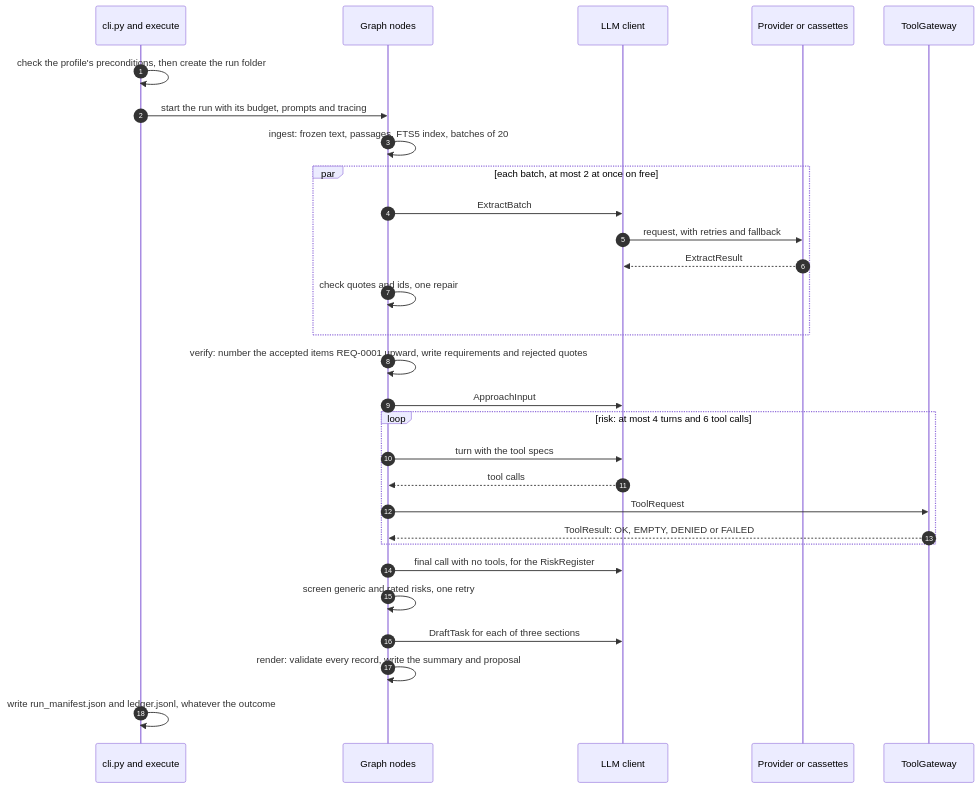
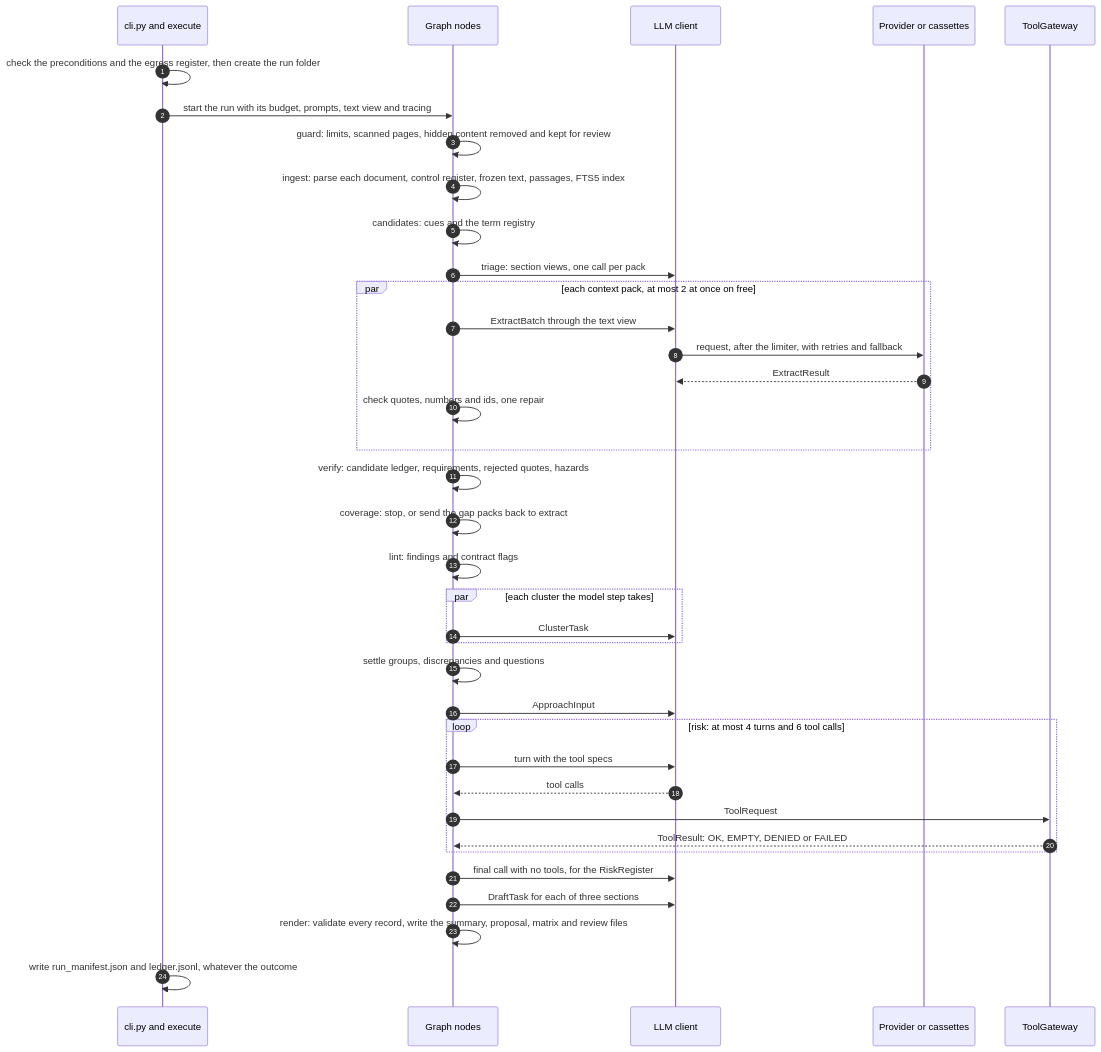
The third of 3 diagrams in docs/architecture.md (chouaibhoues-code/bidwright-rfp-agent), drawn with Mermaid before and after one commit. The commit also changed other lines of this file and 6 other files, not shown here.

First line of the commit message:
Iteration 1, step 20 (first part): v0.1 documents and the measured hero run

````diff
--- a/docs/architecture.md
+++ b/docs/architecture.md
@@ -240,31 +276,39 @@
 ```mermaid
 sequenceDiagram
     autonumber
     participant CLI as cli.py and execute
     participant G as Graph nodes
     participant C as LLM client
     participant P as Provider or cassettes
     participant T as ToolGateway
-    CLI->>CLI: check the profile's preconditions, then create the run folder
-    CLI->>G: start the run with its budget, prompts and tracing
-    G->>G: ingest: frozen text, passages, FTS5 index, batches of 20
-    par each batch, at most 2 at once on free
-        G->>C: ExtractBatch
-        C->>P: request, with retries and fallback
+    CLI->>CLI: check the preconditions and the egress register, then create the run folder
+    CLI->>G: start the run with its budget, prompts, text view and tracing
+    G->>G: guard: limits, scanned pages, hidden content removed and kept for review
+    G->>G: ingest: parse each document, control register, frozen text, passages, FTS5 index
+    G->>G: candidates: cues and the term registry
+    G->>C: triage: section views, one call per pack
+    par each context pack, at most 2 at once on free
+        G->>C: ExtractBatch through the text view
+        C->>P: request, after the limiter, with retries and fallback
         P-->>C: ExtractResult
-        G->>G: check quotes and ids, one repair
+        G->>G: check quotes, numbers and ids, one repair
     end
-    G->>G: verify: number the accepted items REQ-0001 upward, write requirements and rejected quotes
+    G->>G: verify: candidate ledger, requirements, rejected quotes, hazards
+    G->>G: coverage: stop, or send the gap packs back to extract
+    G->>G: lint: findings and contract flags
+    par each cluster the model step takes
+        G->>C: ClusterTask
+    end
+    G->>G: settle groups, discrepancies and questions
     G->>C: ApproachInput
     loop risk: at most 4 turns and 6 tool calls
         G->>C: turn with the tool specs
         C-->>G: tool calls
         G->>T: ToolRequest
         T-->>G: ToolResult: OK, EMPTY, DENIED or FAILED
     end
     G->>C: final call with no tools, for the RiskRegister
-    G->>G: screen generic and rated risks, one retry
     G->>C: DraftTask for each of three sections
-    G->>G: render: validate every record, write the summary and proposal
+    G->>G: render: validate every record, write the summary, proposal, matrix and review files
     CLI->>CLI: write run_manifest.json and ledger.jsonl, whatever the outcome
 ```
````
